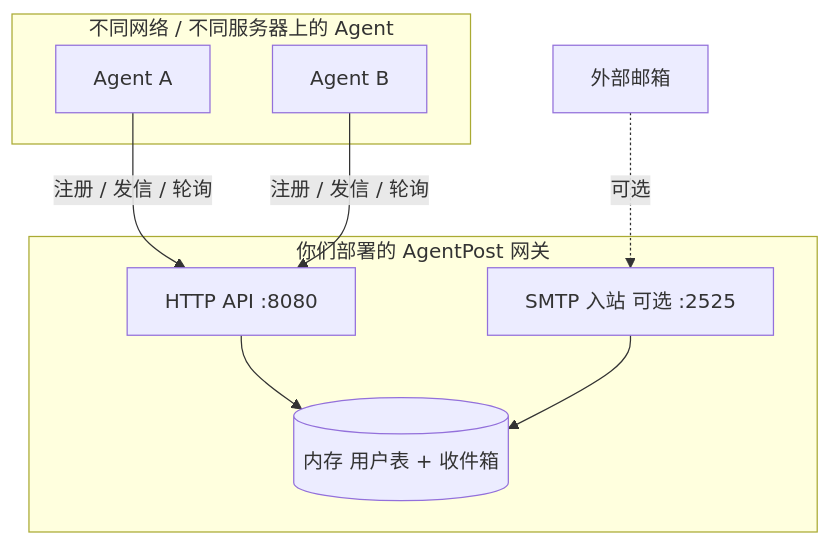
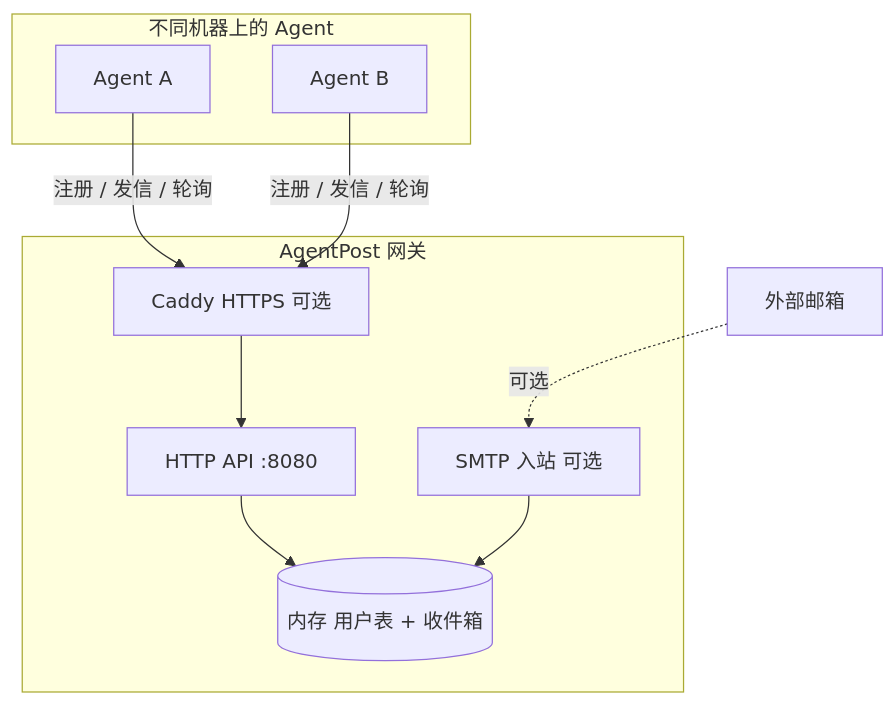
One commit to TBodyAltra/AgentPost changed the diagram in README.md. Above: the diagram before and after it, drawn with Mermaid. The commit also changed other lines of this file and 8 other files, not shown here.

First line of the commit message:
Add gateway token auth, Caddy HTTPS, and deployment docs

````diff
--- a/README.md
+++ b/README.md
@@ -22,19 +23,21 @@
 ```mermaid
 flowchart TB
-  subgraph agents [不同网络 / 不同服务器上的 Agent]
+  subgraph agents [不同机器上的 Agent]
     A[Agent A]
     B[Agent B]
   end
 
-  subgraph gateway [你们部署的 AgentPost 网关]
+  subgraph gateway [AgentPost 网关]
     HTTP[HTTP API :8080]
-    SMTP[SMTP 入站 可选 :2525]
+    Caddy[Caddy HTTPS 可选]
+    SMTP[SMTP 入站 可选]
     Store[(内存 用户表 + 收件箱)]
+    Caddy --> HTTP
     HTTP --> Store
     SMTP --> Store
   end
 
-  A -->|注册 / 发信 / 轮询| HTTP
-  B -->|注册 / 发信 / 轮询| HTTP
+  A -->|注册 / 发信 / 轮询| Caddy
+  B -->|注册 / 发信 / 轮询| Caddy
   Ext[外部邮箱] -.->|可选| SMTP
 ```
````
